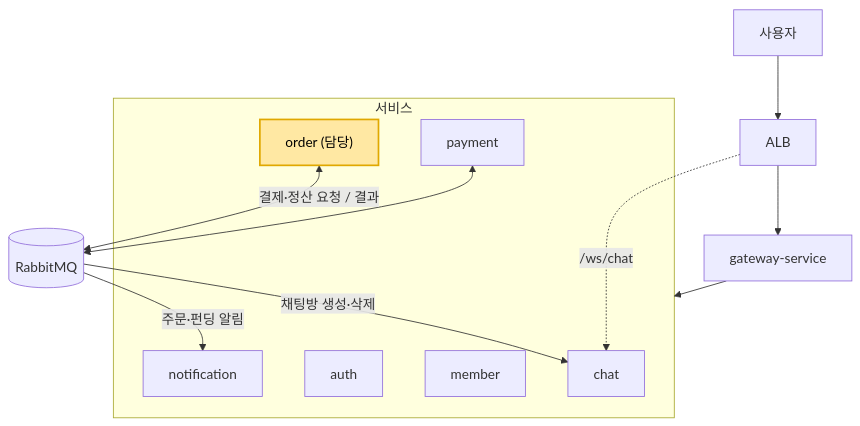
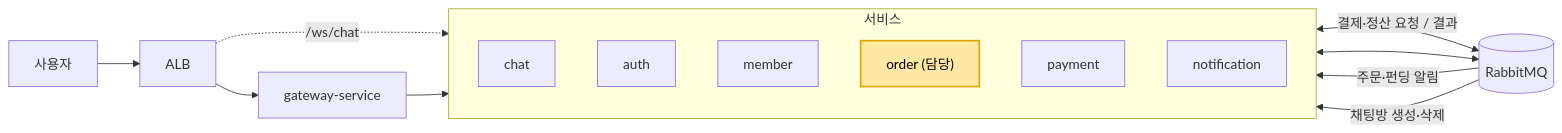
One commit to glosona/bdz_backend changed the first of 4 diagrams in README.md. Above: the diagram before and after it, drawn with Mermaid. The commit also changed other lines of this file and 3 other files, not shown here.

````diff
--- a/README.md
+++ b/README.md
@@ -48,24 +48,25 @@
 ```mermaid
-flowchart TB
+flowchart LR
     User[사용자] --> ALB[ALB]
     ALB --> GW[gateway-service]
     ALB -.->|"/ws/chat"| CHAT
 
     subgraph SVC[서비스]
+        direction TB
         AUTH[auth]
         MEM[member]
         ORD["order (담당)"]
         PAY[payment]
         CHAT[chat]
         NOTI[notification]
     end
 
     GW --> SVC
     ORD <-->|"결제·정산 요청 / 결과"| MQ[(RabbitMQ)]
     PAY <--> MQ
     MQ -->|주문·펀딩 알림| NOTI
     MQ -->|채팅방 생성·삭제| CHAT
 
     classDef mine fill:#FFE8A3,stroke:#E0A800,stroke-width:2px,color:#000
     class ORD mine
 ```
````
